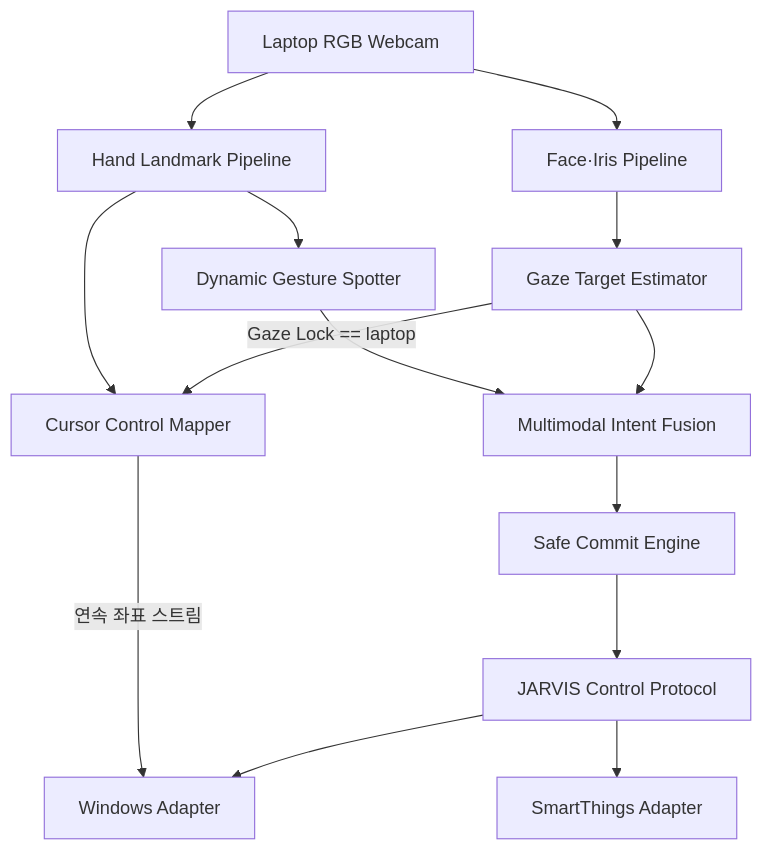
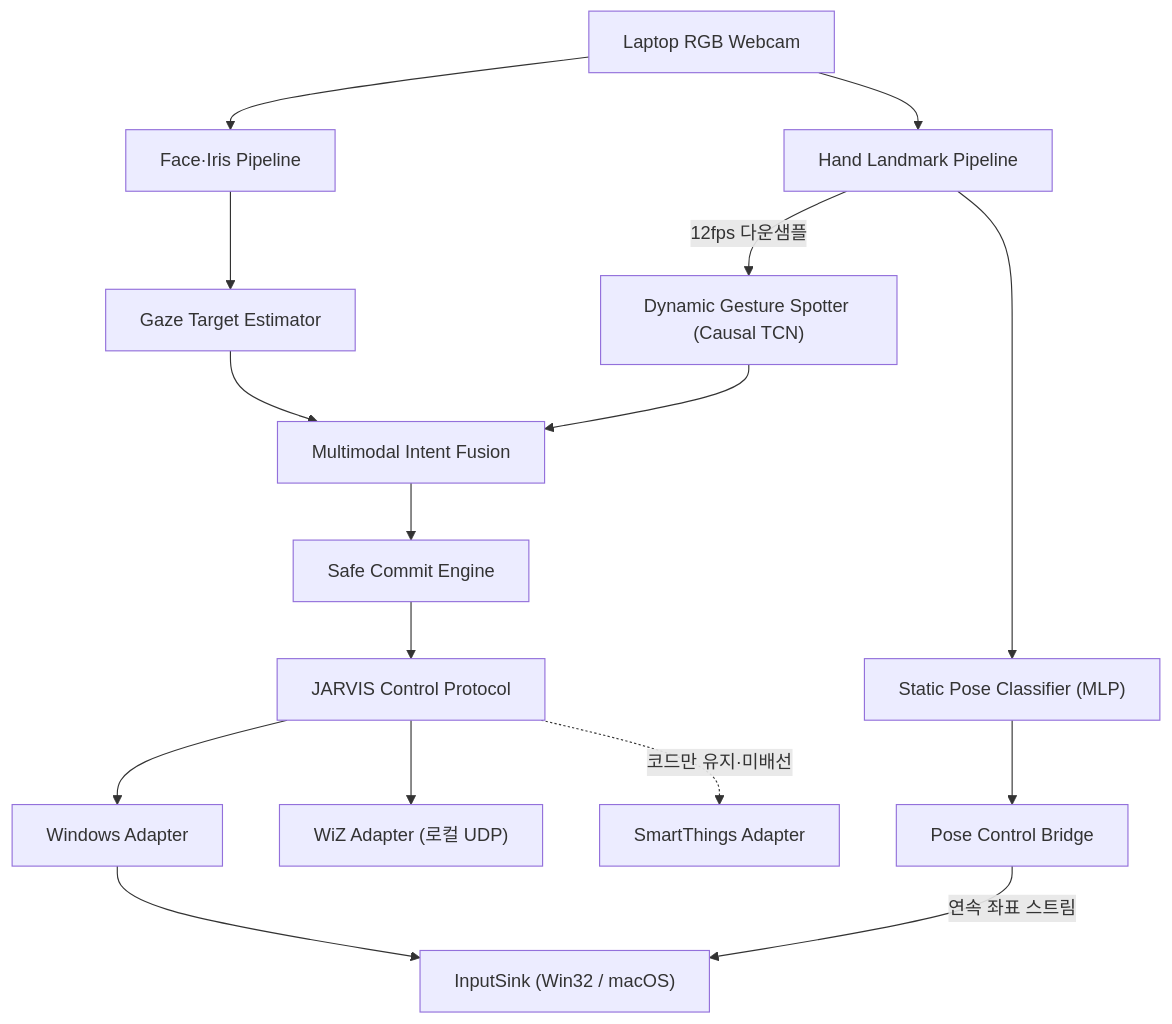
Before and after one commit to madcamp-official/26s-w3-c3-05: the diagram in README.md, drawn with Mermaid. The commit also changed other lines of this file, not shown here.

````diff
--- a/README.md
+++ b/README.md
@@ -211,16 +213,18 @@
 ```mermaid
 flowchart TD
     A["Laptop RGB Webcam"] --> B["Face·Iris Pipeline"]
     A --> C["Hand Landmark Pipeline"]
     B --> D["Gaze Target Estimator"]
-    C --> E["Dynamic Gesture Spotter"]
+    C -->|"12fps 다운샘플"| E["Dynamic Gesture Spotter (Causal TCN)"]
+    C --> L["Static Pose Classifier (MLP)"]
     D --> F["Multimodal Intent Fusion"]
     E --> F
     F --> G["Safe Commit Engine"]
     G --> H["JARVIS Control Protocol"]
     H --> I["Windows Adapter"]
-    H --> J["SmartThings Adapter"]
-    D -->|"Gaze Lock == laptop"| K["Cursor Control Mapper"]
-    C --> K
-    K -->|"연속 좌표 스트림"| I
+    H --> J["WiZ Adapter (로컬 UDP)"]
+    H -.->|"코드만 유지·미배선"| J2["SmartThings Adapter"]
+    L --> K["Pose Control Bridge"]
+    K -->|"연속 좌표 스트림"| M["InputSink (Win32 / macOS)"]
+    I --> M
 ```
````
